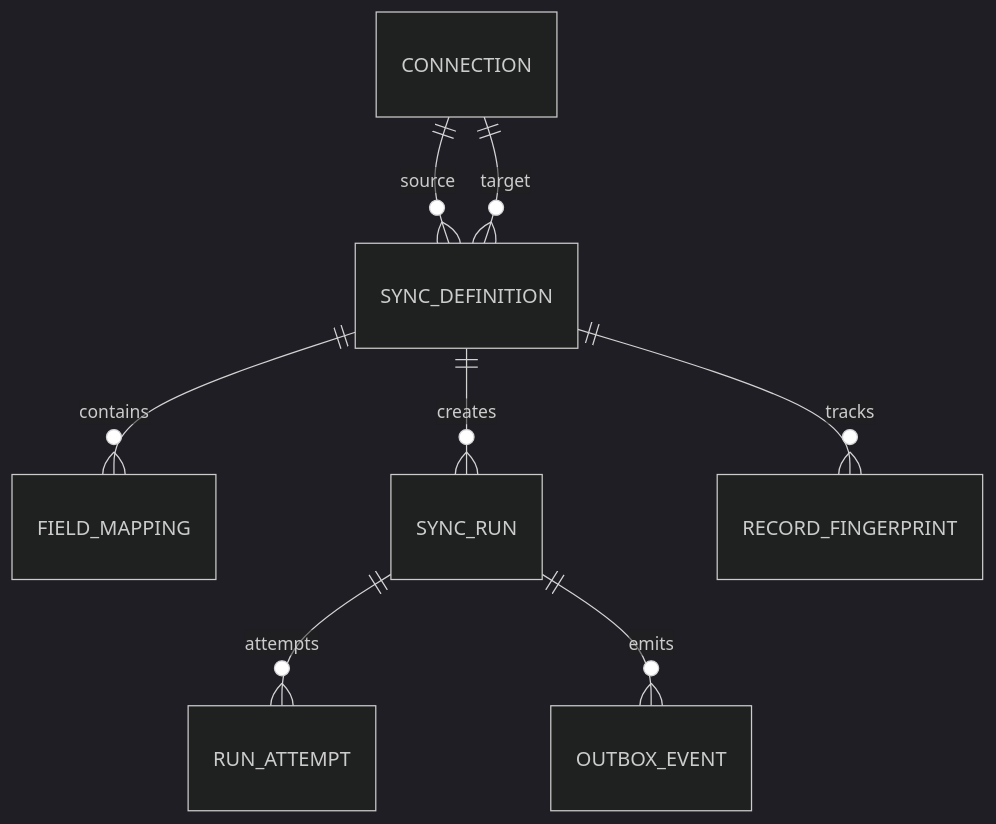
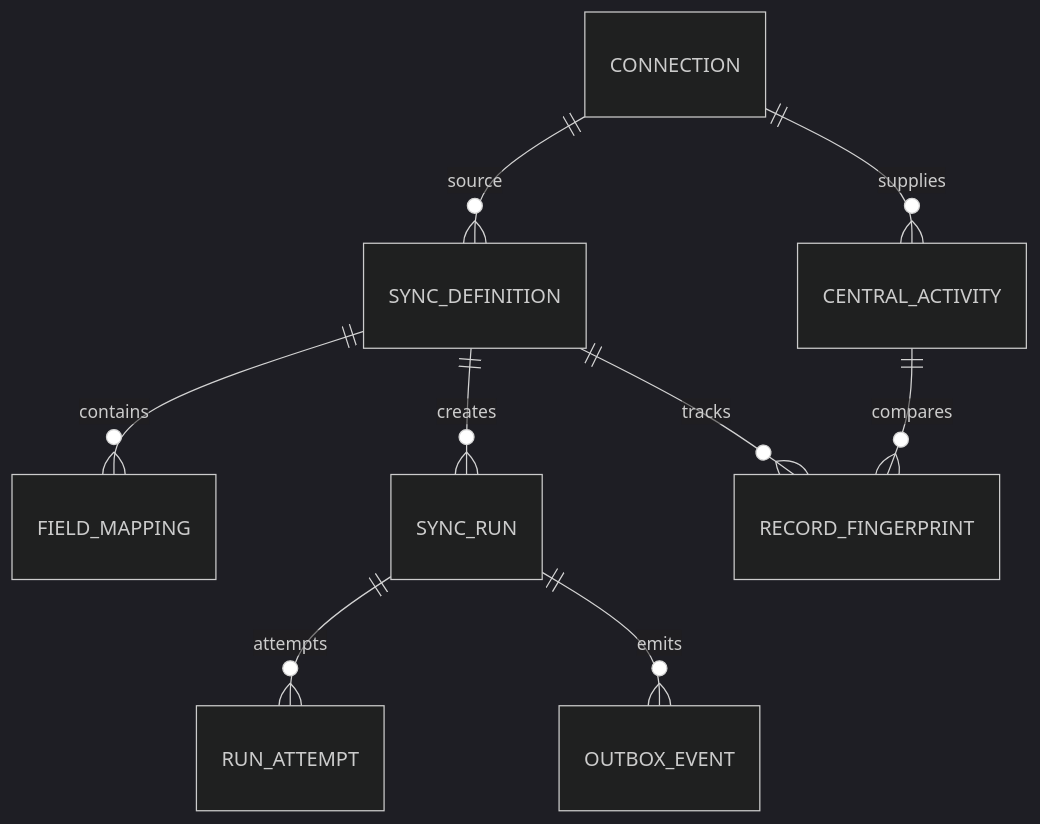
The first of 2 diagrams in docs/arquitectura.md (jotace-18/Synkron), drawn with Mermaid (dark theme) before and after one commit. The commit also changed other lines of this file and 7 other files, not shown here.

````diff
--- a/docs/arquitectura.md
+++ b/docs/arquitectura.md
@@ -31,10 +47,11 @@
 ```mermaid
 erDiagram
     CONNECTION ||--o{ SYNC_DEFINITION : source
-    CONNECTION ||--o{ SYNC_DEFINITION : target
     SYNC_DEFINITION ||--o{ FIELD_MAPPING : contains
     SYNC_DEFINITION ||--o{ SYNC_RUN : creates
     SYNC_DEFINITION ||--o{ RECORD_FINGERPRINT : tracks
+    CONNECTION ||--o{ CENTRAL_ACTIVITY : supplies
+    CENTRAL_ACTIVITY ||--o{ RECORD_FINGERPRINT : compares
     SYNC_RUN ||--o{ RUN_ATTEMPT : attempts
     SYNC_RUN ||--o{ OUTBOX_EVENT : emits
 ```
````
